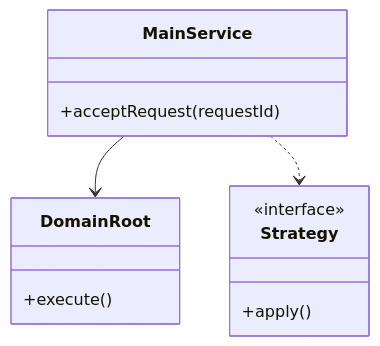
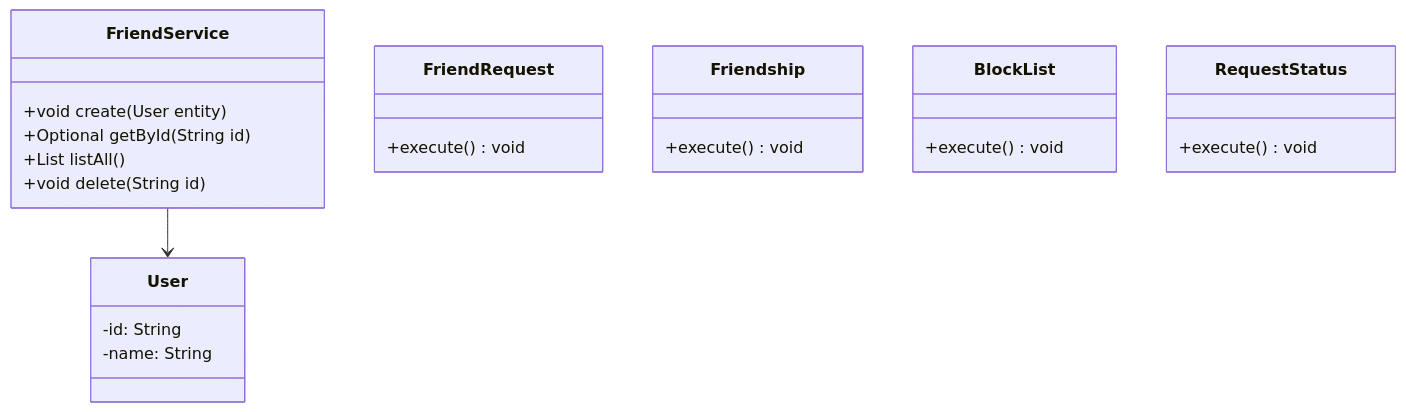
One commit to madhupaila/Interview-Prep-SSE changed the first of 3 diagrams in Learn/System Design - Low Level Design/02-classic-ood/questions/Q45-friend-request.md. Above: the diagram before and after it, drawn with Mermaid. The commit also changed other lines of this file and 491 other files, not shown here.

````diff
--- a/Learn/System Design - Low Level Design/02-classic-ood/questions/Q45-friend-request.md
+++ b/Learn/System Design - Low Level Design/02-classic-ood/questions/Q45-friend-request.md
@@ -74,15 +89,26 @@
 ```mermaid
 classDiagram
-    class MainService {
-        +acceptRequest(requestId)
+    class FriendService {
+        +void create(User entity)
+        +Optional<User> getById(String id)
+        +List<User> listAll()
+        +void delete(String id)
     }
-    class DomainRoot {
-        +execute()
+    class User {
+        -id: String
+        -name: String
     }
-    class Strategy {
-        <<interface>>
-        +apply()
+    class FriendRequest {
+        +execute() void
     }
-    MainService --> DomainRoot
-    MainService ..> Strategy
+    class Friendship {
+        +execute() void
+    }
+    class BlockList {
+        +execute() void
+    }
+    class RequestStatus {
+        +execute() void
+    }
+    FriendService --> User
 ```
````
